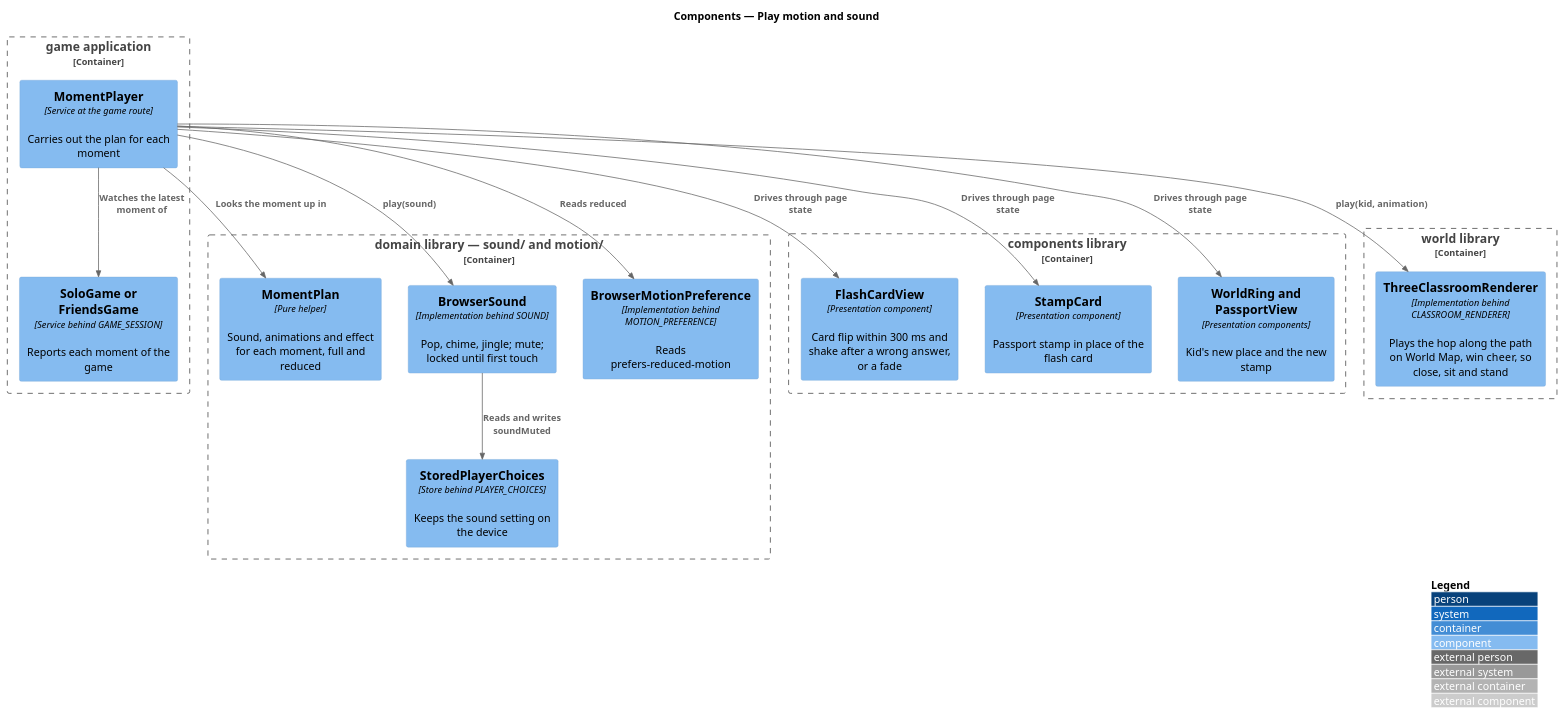
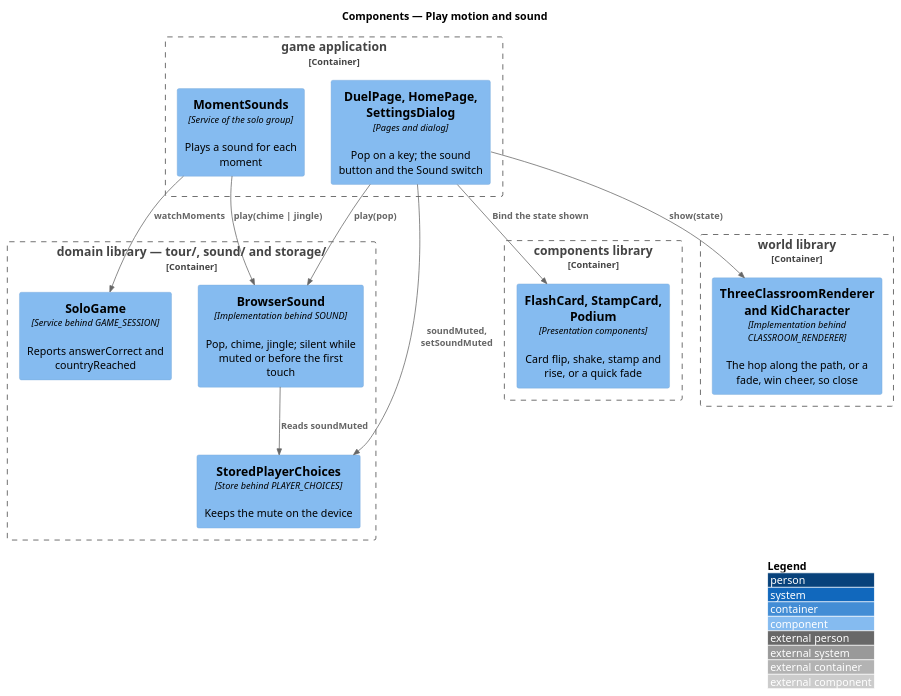
One commit to QuinntyneBrown/around-the-world changed the diagram in docs/detailed-designs/classroom/play-motion-and-sound/diagrams/c4-component.puml. Above: the diagram before and after it, drawn with PlantUML. The commit also changed 25 other files, not shown here.

First line of the commit message:
Decide how motion and sound play: the fade token, the sounds and the mute

```diff
--- a/docs/detailed-designs/classroom/play-motion-and-sound/diagrams/c4-component.puml
+++ b/docs/detailed-designs/classroom/play-motion-and-sound/diagrams/c4-component.puml
@@ -1,33 +1,28 @@
 @startuml
 !include <C4/C4_Component>
 LAYOUT_WITH_LEGEND()
 title Components — Play motion and sound
 
 Container_Boundary(game, "game application") {
-  Component(session, "SoloGame or FriendsGame", "Service behind GAME_SESSION", "Reports each moment of the game")
-  Component(player, "MomentPlayer", "Service at the game route", "Carries out the plan for each moment")
+  Component(moments, "MomentSounds", "Service of the solo group", "Plays a sound for each moment")
+  Component(pages, "DuelPage, HomePage, SettingsDialog", "Pages and dialog", "Pop on a key; the sound button and the Sound switch")
 }
-Container_Boundary(domain, "domain library — sound/ and motion/") {
-  Component(plan, "MomentPlan", "Pure helper", "Sound, animations and effect for each moment, full and reduced")
-  Component(sound, "BrowserSound", "Implementation behind SOUND", "Pop, chime, jingle; mute; locked until first touch")
-  Component(pref, "BrowserMotionPreference", "Implementation behind MOTION_PREFERENCE", "Reads prefers-reduced-motion")
-  Component(choices, "StoredPlayerChoices", "Store behind PLAYER_CHOICES", "Keeps the sound setting on the device")
+Container_Boundary(domain, "domain library — tour/, sound/ and storage/") {
+  Component(session, "SoloGame", "Service behind GAME_SESSION", "Reports answerCorrect and countryReached")
+  Component(sound, "BrowserSound", "Implementation behind SOUND", "Pop, chime, jingle; silent while muted or before the first touch")
+  Component(choices, "StoredPlayerChoices", "Store behind PLAYER_CHOICES", "Keeps the mute on the device")
 }
 Container_Boundary(components, "components library") {
-  Component(card, "FlashCardView", "Presentation component", "Card flip within 300 ms and shake after a wrong answer, or a fade")
-  Component(stamp, "StampCard", "Presentation component", "Passport stamp in place of the flash card")
-  Component(ring, "WorldRing and PassportView", "Presentation components", "Kid's new place and the new stamp")
+  Component(card, "FlashCard, StampCard, Podium", "Presentation components", "Card flip, shake, stamp and rise, or a quick fade")
 }
 Container_Boundary(world, "world library") {
-  Component(renderer, "ThreeClassroomRenderer", "Implementation behind CLASSROOM_RENDERER", "Plays the hop along the path on World Map, win cheer, so close, sit and stand")
+  Component(renderer, "ThreeClassroomRenderer and KidCharacter", "Implementation behind CLASSROOM_RENDERER", "The hop along the path, or a fade, win cheer, so close")
 }
-Rel(player, session, "Watches the latest moment of")
-Rel(player, plan, "Looks the moment up in")
-Rel(player, pref, "Reads reduced")
-Rel(player, sound, "play(sound)")
-Rel(player, renderer, "play(kid, animation)")
-Rel(player, card, "Drives through page state")
-Rel(player, stamp, "Drives through page state")
-Rel(player, ring, "Drives through page state")
-Rel(sound, choices, "Reads and writes soundMuted")
+Rel(moments, session, "watchMoments")
+Rel(moments, sound, "play(chime | jingle)")
+Rel(pages, sound, "play(pop)")
+Rel(pages, choices, "soundMuted, setSoundMuted")
+Rel(sound, choices, "Reads soundMuted")
+Rel(pages, card, "Bind the state shown")
+Rel(pages, renderer, "show(state)")
 @enduml
```
